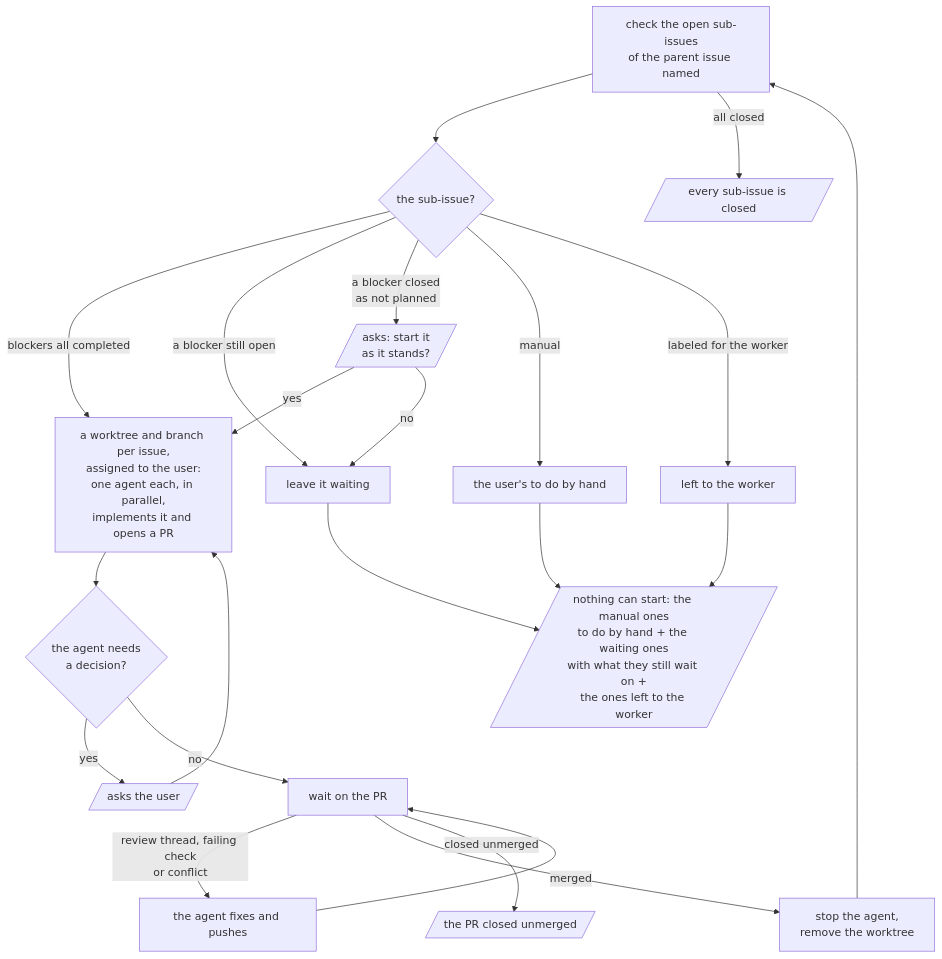
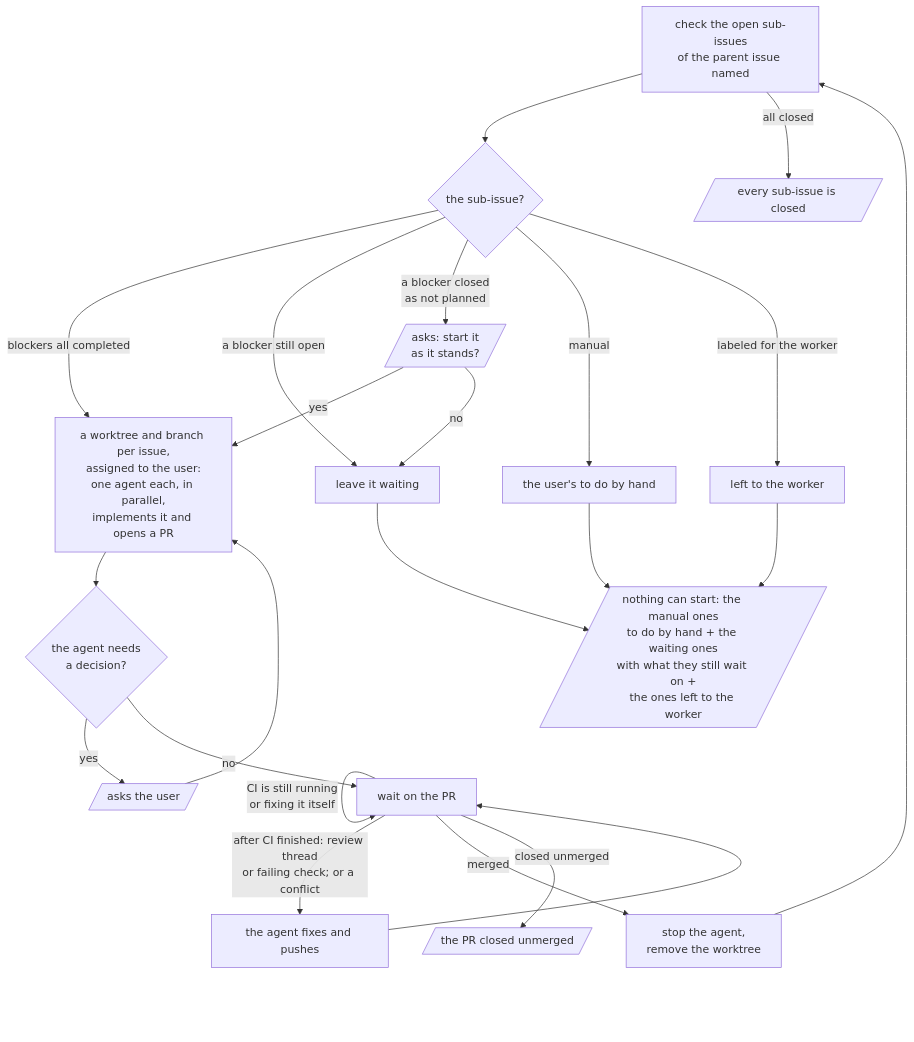
The diagram in shared/skills/work-issues/README.md (omni-stove/skill-kit), drawn with Mermaid before and after one commit. The commit also changed 3 other files, not shown here.

````diff
--- a/shared/skills/work-issues/README.md
+++ b/shared/skills/work-issues/README.md
@@ -3,25 +3,26 @@
 ```mermaid
 flowchart TD
   scan[check the open sub-issues<br/>of the parent issue named]
   scan --> kind{the sub-issue?}
   kind -- "blockers all completed" --> start[a worktree and branch per issue,<br/>assigned to the user:<br/>one agent each, in parallel,<br/>implements it and opens a PR]
   kind -- "a blocker still open" --> waiting[leave it waiting]
   kind -- "a blocker closed<br/>as not planned" --> ask[/asks: start it<br/>as it stands?/]
   kind -- "manual" --> manual[the user's to do by hand]
   kind -- "labeled for the worker" --> worker[left to the worker]
   ask -- "yes" --> start
   ask -- "no" --> waiting
   start --> question{the agent needs<br/>a decision?}
   question -- "yes" --> answer[/asks the user/]
   answer --> start
   question -- "no" --> pr[wait on the PR]
-  pr -- "review thread, failing check<br/>or conflict" --> fix[the agent fixes and pushes]
+  pr -- "CI is still running<br/>or fixing it itself" --> pr
+  pr -- "after CI finished: review thread<br/>or failing check; or a conflict" --> fix[the agent fixes and pushes]
   fix --> pr
   pr -- "merged" --> stop[stop the agent,<br/>remove the worktree]
   stop --> scan
   pr -- "closed unmerged" --> closed[/the PR closed unmerged/]
   waiting --> report[/"nothing can start: the manual ones<br/>to do by hand + the waiting ones<br/>with what they still wait on +<br/>the ones left to the worker"/]
   manual --> report
   worker --> report
   scan -- "all closed" --> done[/every sub-issue is closed/]
 ```
````
